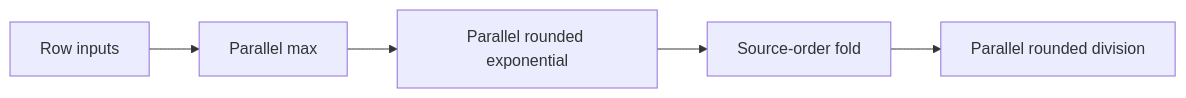
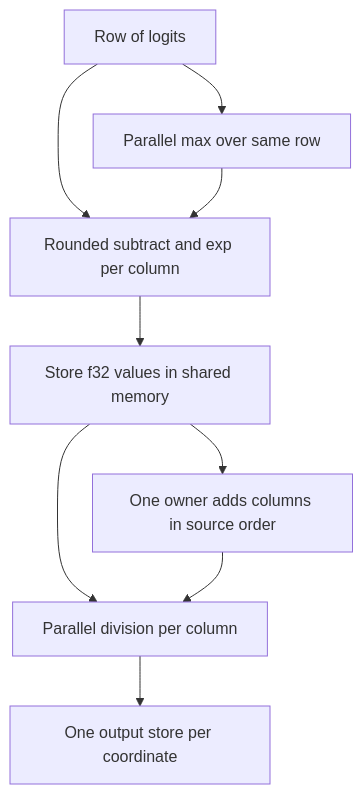
Before and after one commit to wesen/2026-11-24--compiler-workbench: the second of 3 diagrams in ttmp/2026/11/26/IRWB-023-B--exact-parallel-folds-for-tix/design-doc/01-parallel-execution-of-the-ordered-f32-fold.md, drawn with Mermaid. The commit also changed other lines of this file and 29 other files, not shown here.

````diff
--- a/ttmp/2026/11/26/IRWB-023-B--exact-parallel-folds-for-tix/design-doc/01-parallel-execution-of-the-ordered-f32-fold.md
+++ b/ttmp/2026/11/26/IRWB-023-B--exact-parallel-folds-for-tix/design-doc/01-parallel-execution-of-the-ordered-f32-fold.md
@@ -30,7 +137,11 @@
 ```mermaid
-flowchart LR
-  A[Row inputs] --> M[Parallel max]
-  M --> E[Parallel rounded exponential]
-  E --> S[Source-order fold]
-  S --> D[Parallel rounded division]
+flowchart TD
+    X[Row of logits] --> M[Parallel max over same row]
+    X --> E[Rounded subtract and exp per column]
+    M --> E
+    E --> H[Store f32 values in shared memory]
+    H --> S[One owner adds columns in source order]
+    H --> D[Parallel division per column]
+    S --> D
+    D --> Y[One output store per coordinate]
 ```
````
